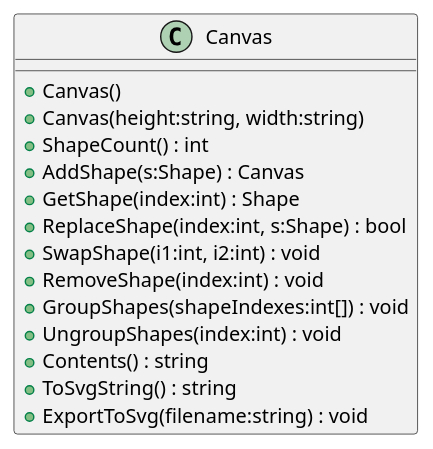
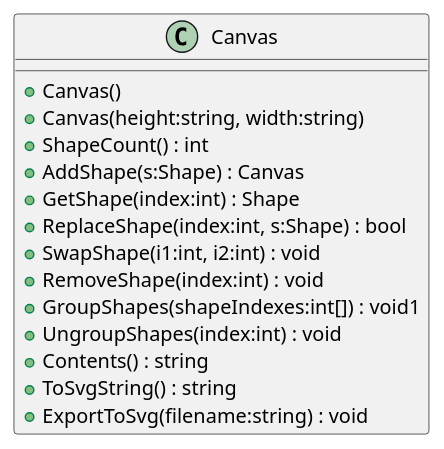
Before and after one commit to ismaelplangca/CS264_Assignment02: the diagram in plantuml/Canvas.puml, drawn with PlantUML. The commit also changed 14 other files, not shown here.

```diff
--- a/plantuml/Canvas.puml
+++ b/plantuml/Canvas.puml
@@ -1,17 +1,17 @@
 @startuml
 class Canvas {
     + Canvas()
     + Canvas(height:string, width:string)
     + ShapeCount() : int
     + AddShape(s:Shape) : Canvas
     + GetShape(index:int) : Shape
     + ReplaceShape(index:int, s:Shape) : bool
     + SwapShape(i1:int, i2:int) : void
     + RemoveShape(index:int) : void
-    + GroupShapes(shapeIndexes:int[]) : void
+    + GroupShapes(shapeIndexes:int[]) : void1
     + UngroupShapes(index:int) : void
     + Contents() : string
     + ToSvgString() : string
     + ExportToSvg(filename:string) : void
 }
 @enduml
```
